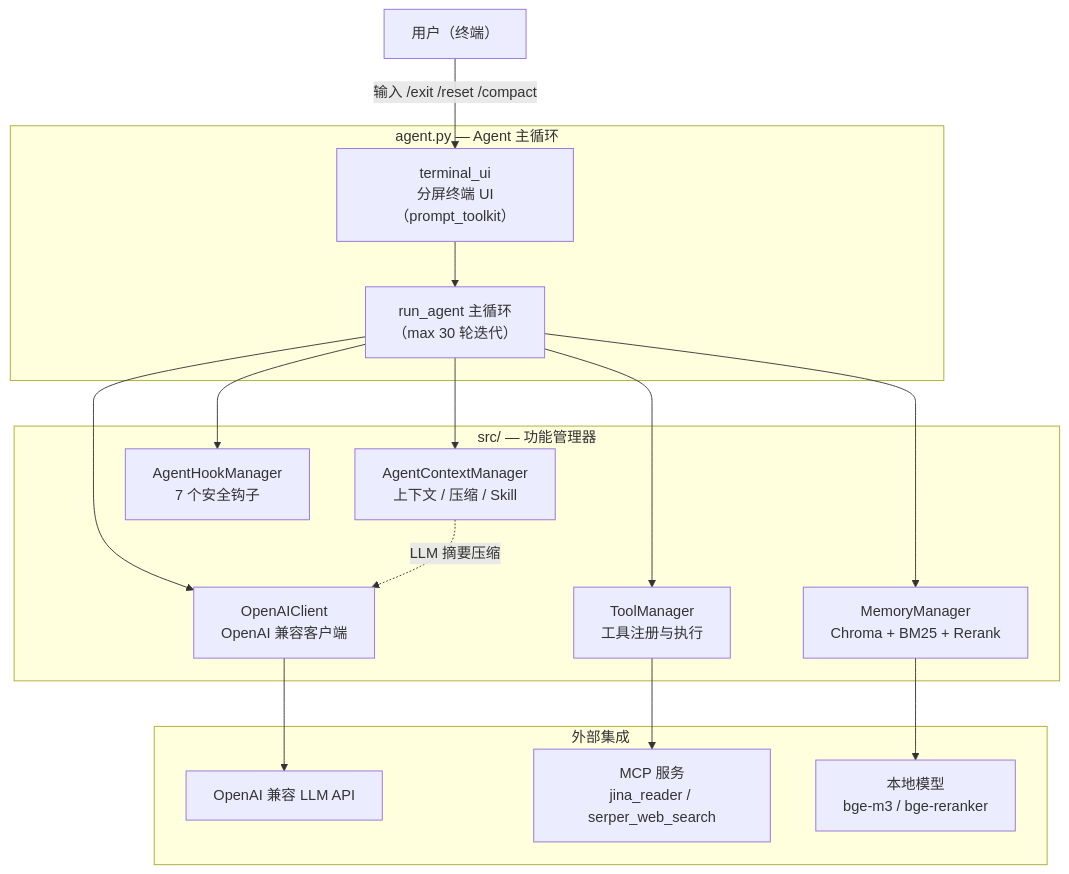
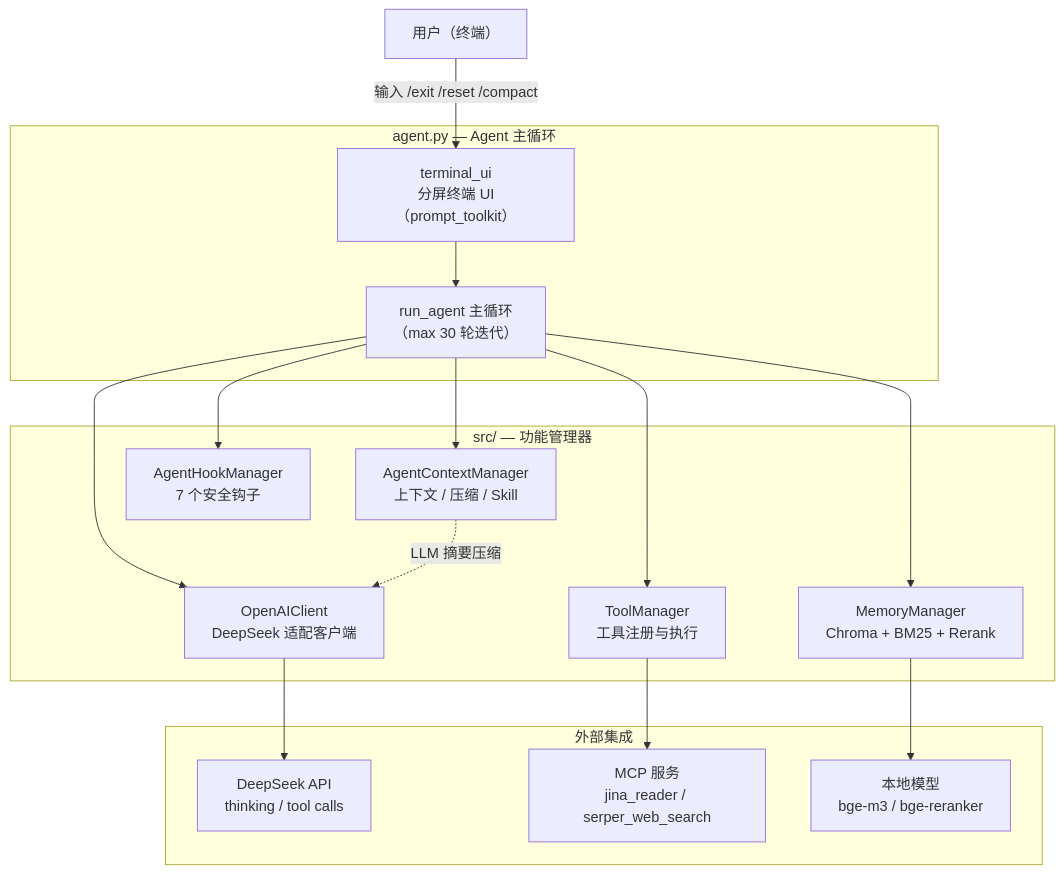
One commit to Jim-tang/CompactAgent changed the first of 2 diagrams in README.md. Above: the diagram before and after it, drawn with Mermaid. The commit also changed other lines of this file and 5 other files, not shown here.

````diff
--- a/README.md
+++ b/README.md
@@ -80,35 +99,35 @@
 ```mermaid
 flowchart TB
     User["用户（终端）"]
 
     subgraph Core["agent.py — Agent 主循环"]
         UI["terminal_ui<br/>分屏终端 UI（prompt_toolkit）"]
         RUN["run_agent 主循环<br/>（max 30 轮迭代）"]
     end
 
     subgraph Managers["src/ — 功能管理器"]
         CTX["AgentContextManager<br/>上下文 / 压缩 / Skill"]
         HOOK["AgentHookManager<br/>7 个安全钩子"]
         TOOL["ToolManager<br/>工具注册与执行"]
         MEM["MemoryManager<br/>Chroma + BM25 + Rerank"]
-        LLM["OpenAIClient<br/>OpenAI 兼容客户端"]
+        LLM["OpenAIClient<br/>DeepSeek 适配客户端"]
     end
 
     subgraph External["外部集成"]
-        LLMAPI["OpenAI 兼容 LLM API"]
+        LLMAPI["DeepSeek API<br/>thinking / tool calls"]
         MCP["MCP 服务<br/>jina_reader / serper_web_search"]
         HF["本地模型<br/>bge-m3 / bge-reranker"]
     end
 
     User -->|"输入 /exit /reset /compact"| UI
     UI --> RUN
     RUN --> CTX
     RUN --> LLM
     RUN --> TOOL
     RUN --> HOOK
     RUN --> MEM
     LLM --> LLMAPI
     TOOL --> MCP
     MEM --> HF
     CTX -. "LLM 摘要压缩" .-> LLM
 ```
````
